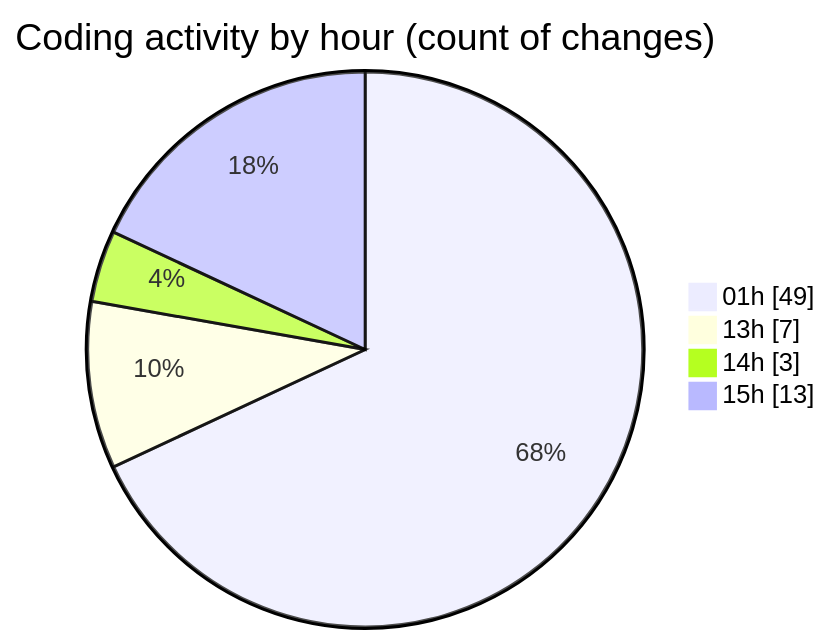
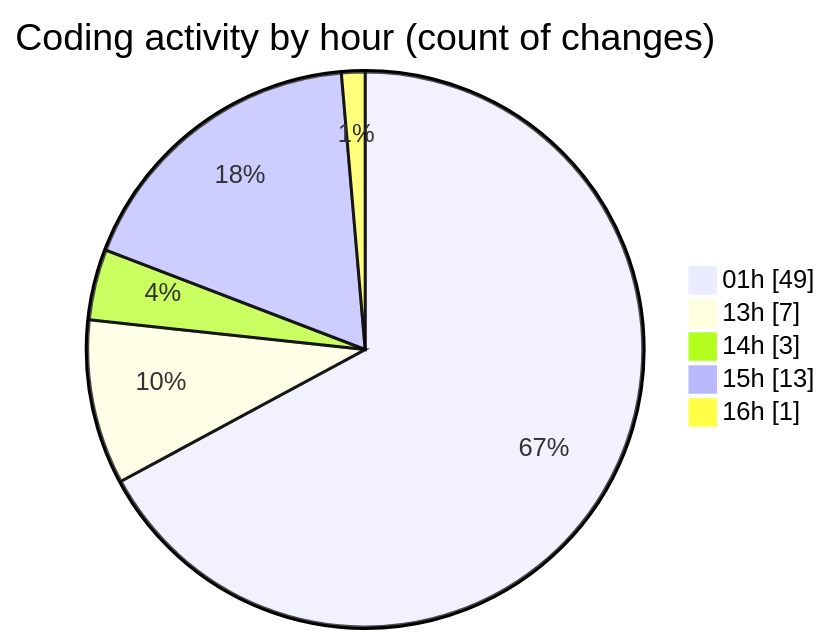
The second of 2 diagrams in 2025-09-02/quanlylink/README.md (lephambinh05/code-tracking), drawn with Mermaid before and after one commit. The commit also changed other lines of this file and 1 other file, not shown here.

````diff
--- a/2025-09-02/quanlylink/README.md
+++ b/2025-09-02/quanlylink/README.md
@@ -59,8 +61,9 @@
 ```mermaid
 pie showData
 title Coding activity by hour (count of changes)
 "01h" : 49
 "13h" : 7
 "14h" : 3
 "15h" : 13
+"16h" : 1
 ```
````
